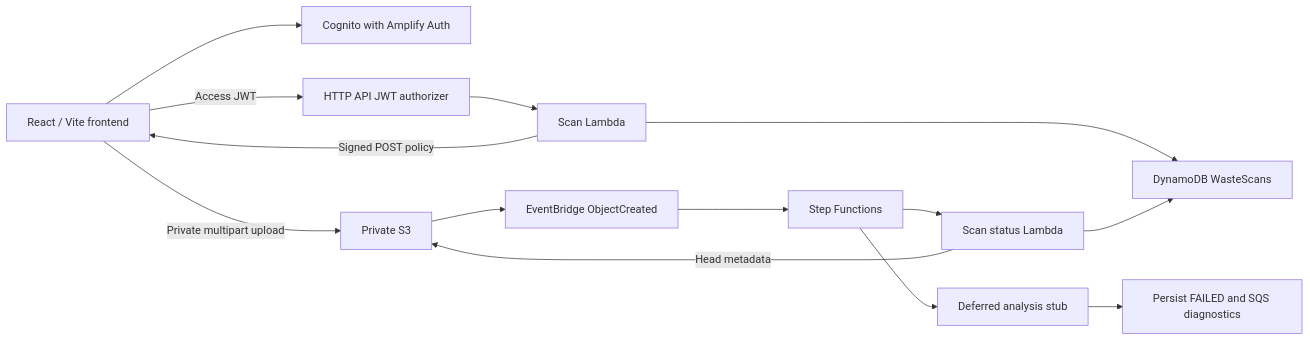
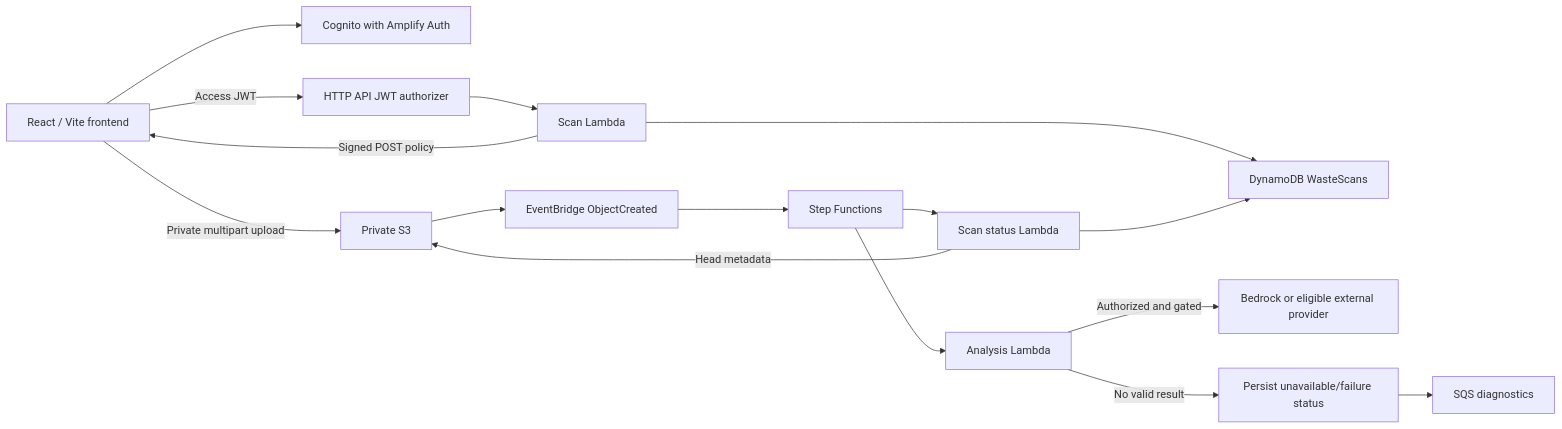
Before and after one commit to abhijit384/Waste2WattAI: the diagram in docs/ARCHITECTURE.md, drawn with Mermaid. The commit also changed other lines of this file and 9 other files, not shown here.

````diff
--- a/docs/ARCHITECTURE.md
+++ b/docs/ARCHITECTURE.md
@@ -10,16 +10,18 @@
 ```mermaid
 flowchart LR
   Web[React / Vite frontend] --> Cognito[Cognito with Amplify Auth]
   Web -->|Access JWT| API[HTTP API JWT authorizer]
   API --> Handler[Scan Lambda]
   Handler --> Scans[DynamoDB WasteScans]
   Handler -->|Signed POST policy| Web
   Web -->|Private multipart upload| S3[Private S3]
   S3 --> EB[EventBridge ObjectCreated]
   EB --> SF[Step Functions]
   SF --> Status[Scan status Lambda]
   Status --> Scans
   Status -->|Head metadata| S3
-  SF --> Stub[Deferred analysis stub]
-  Stub --> Failure[Persist FAILED and SQS diagnostics]
+  SF --> Analysis[Analysis Lambda]
+  Analysis -->|Authorized and gated| Models[Bedrock or eligible external provider]
+  Analysis -->|No valid result| Failure[Persist unavailable/failure status]
+  Failure --> Queue[SQS diagnostics]
 ```
````
